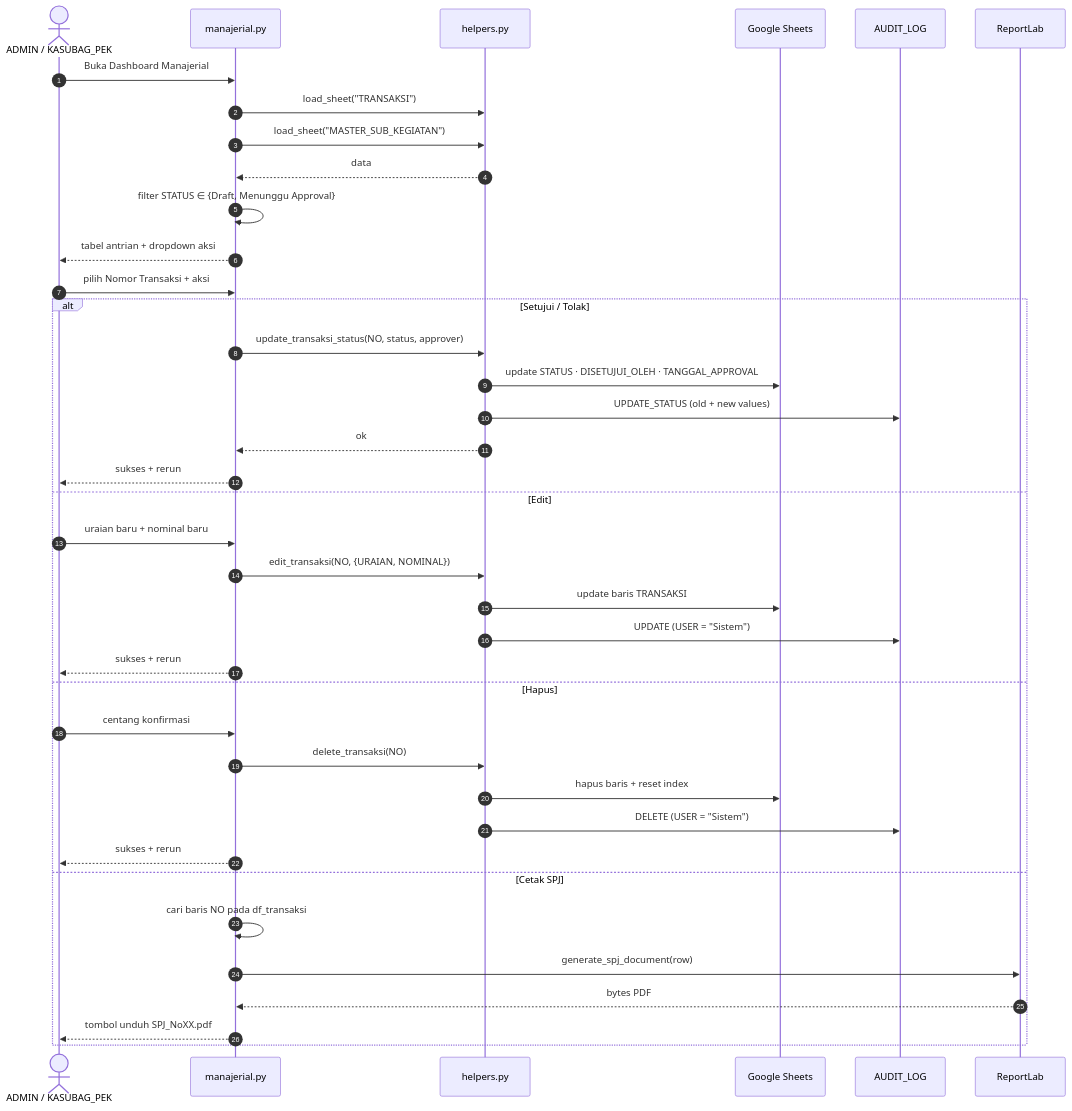
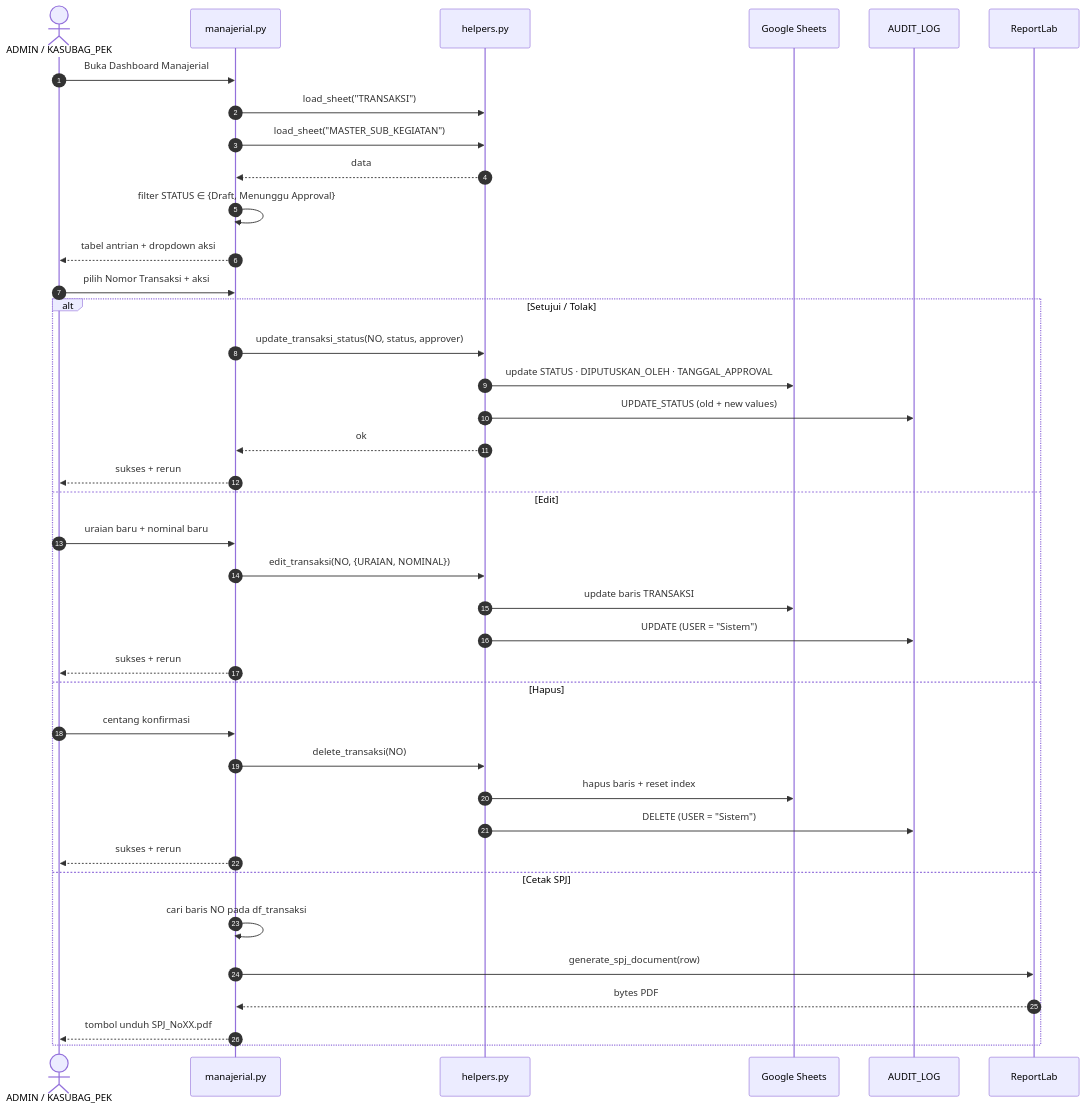
The seventh of 12 diagrams in docs/RANGKUMAN_APLIKASI.md (alexkelana/simkeu_streamlit), drawn with Mermaid before and after one commit. The commit also changed other lines of this file and 4 other files, not shown here.

First line of the commit message:
Ganti nama kolom DISETUJUI_OLEH menjadi DIPUTUSKAN_OLEH

````diff
--- a/docs/RANGKUMAN_APLIKASI.md
+++ b/docs/RANGKUMAN_APLIKASI.md
@@ -630,43 +630,43 @@
 ```mermaid
 sequenceDiagram
     autonumber
     actor M as ADMIN / KASUBAG_PEK
     participant J as manajerial.py
     participant H as helpers.py
     participant G as Google Sheets
     participant A as AUDIT_LOG
     participant R as ReportLab
 
     M->>J: Buka Dashboard Manajerial
     J->>H: load_sheet("TRANSAKSI")
     J->>H: load_sheet("MASTER_SUB_KEGIATAN")
     H-->>J: data
     J->>J: filter STATUS ∈ {Draft, Menunggu Approval}
     J-->>M: tabel antrian + dropdown aksi
     M->>J: pilih Nomor Transaksi + aksi
 
     alt Setujui / Tolak
         J->>H: update_transaksi_status(NO, status, approver)
-        H->>G: update STATUS · DISETUJUI_OLEH · TANGGAL_APPROVAL
+        H->>G: update STATUS · DIPUTUSKAN_OLEH · TANGGAL_APPROVAL
         H->>A: UPDATE_STATUS (old + new values)
         H-->>J: ok
         J-->>M: sukses + rerun
     else Edit
         M->>J: uraian baru + nominal baru
         J->>H: edit_transaksi(NO, {URAIAN, NOMINAL})
         H->>G: update baris TRANSAKSI
         H->>A: UPDATE (USER = "Sistem")
         J-->>M: sukses + rerun
     else Hapus
         M->>J: centang konfirmasi
         J->>H: delete_transaksi(NO)
         H->>G: hapus baris + reset index
         H->>A: DELETE (USER = "Sistem")
         J-->>M: sukses + rerun
     else Cetak SPJ
         J->>J: cari baris NO pada df_transaksi
         J->>R: generate_spj_document(row)
         R-->>J: bytes PDF
         J-->>M: tombol unduh SPJ_NoXX.pdf
     end
 ```
````
